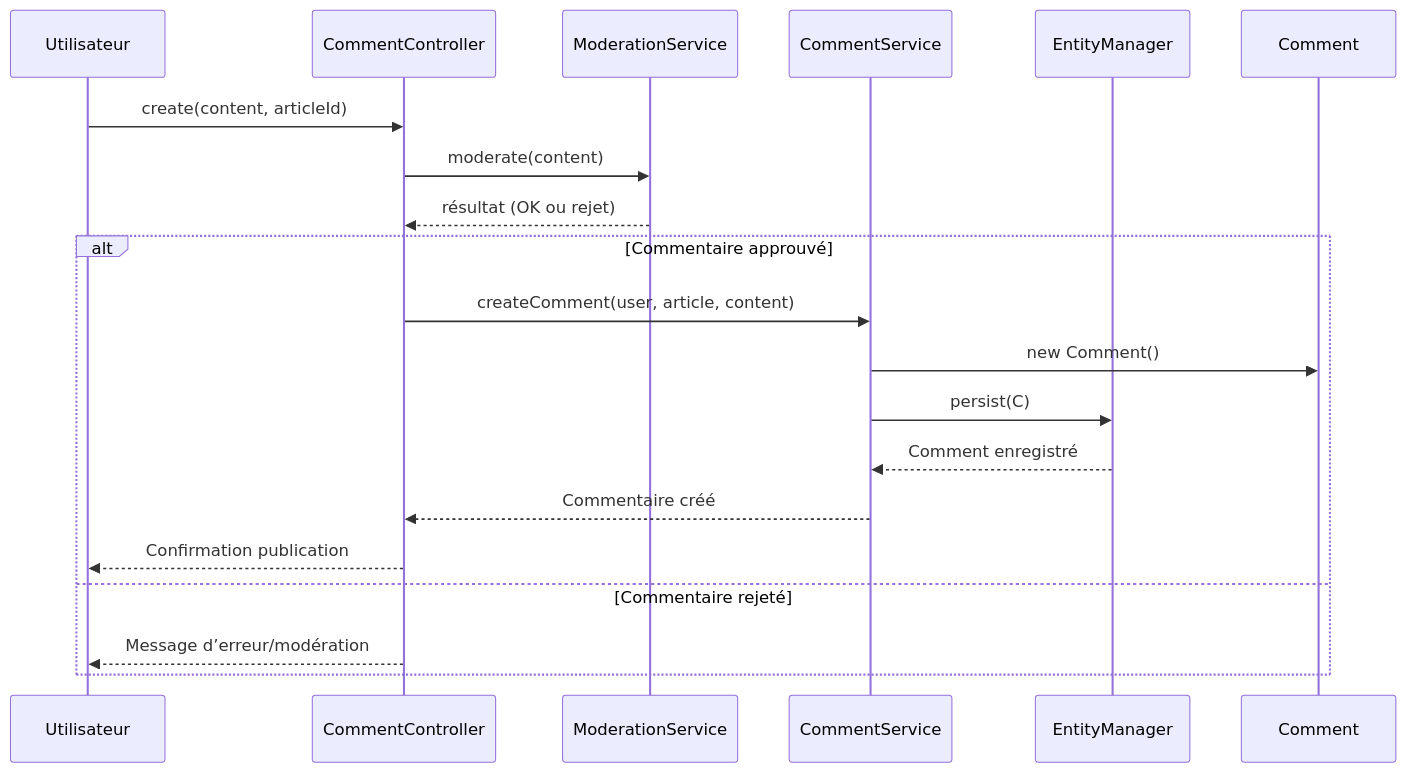
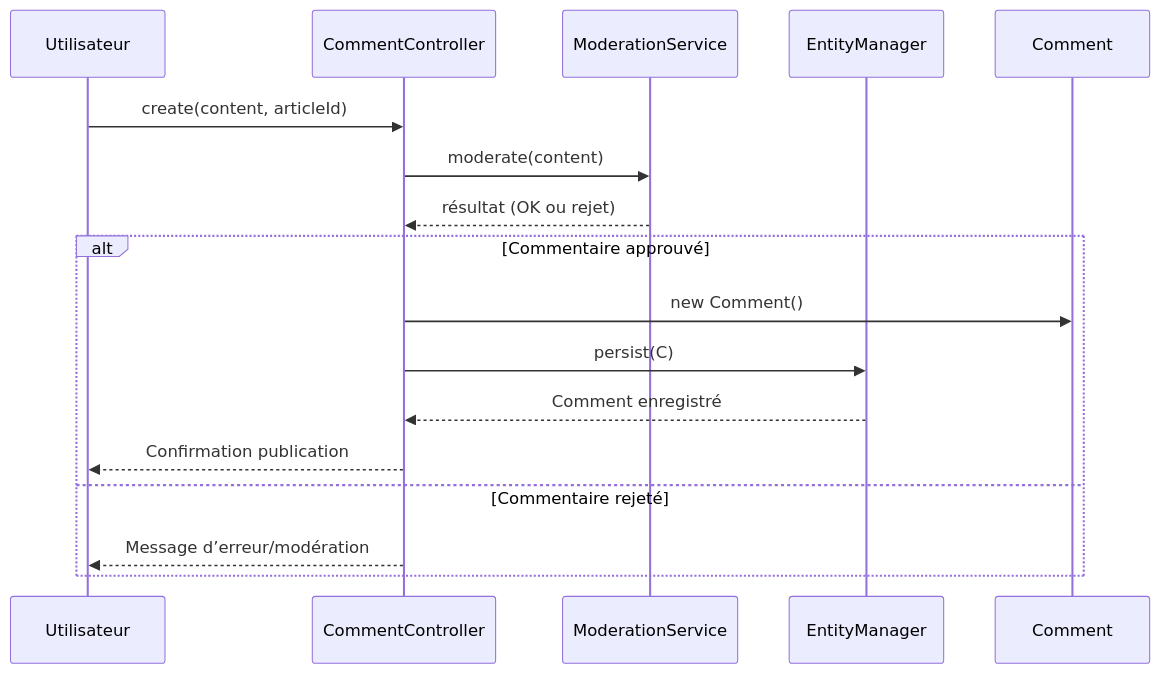
One commit to TraoreHamza/blogMangaAnime changed the tenth of 13 diagrams in Readmes.md. Above: the diagram before and after it, drawn with Mermaid. The commit also changed other lines of this file and 2 other files, not shown here.

Commit message:
Mise à jour de la documentation et ajout de diagrammes d'utilisation, amélioration de la gestion des étoiles de notation et ajout de la fonctionnalité de favoris.

````diff
--- a/Readmes.md
+++ b/Readmes.md
@@ -312,23 +366,21 @@
 ```mermaid
 sequenceDiagram
     participant U as Utilisateur
     participant CC as CommentController
     participant MS as ModerationService
-    participant CS as CommentService
     participant EM as EntityManager
     participant C as Comment
 
     U->>CC: create(content, articleId)
     CC->>MS: moderate(content)
     MS-->>CC: résultat (OK ou rejet)
     alt Commentaire approuvé
-        CC->>CS: createComment(user, article, content)
-        CS->>C: new Comment()
-        CS->>EM: persist(C)
-        EM-->>CS: Comment enregistré
-        CS-->>CC: Commentaire créé
+        CC->>C: new Comment()
+        CC->>EM: persist(C)
+        EM-->>CC: Comment enregistré
         CC-->>U: Confirmation publication
     else Commentaire rejeté
         CC-->>U: Message d’erreur/modération
     end
+
 ```
````
